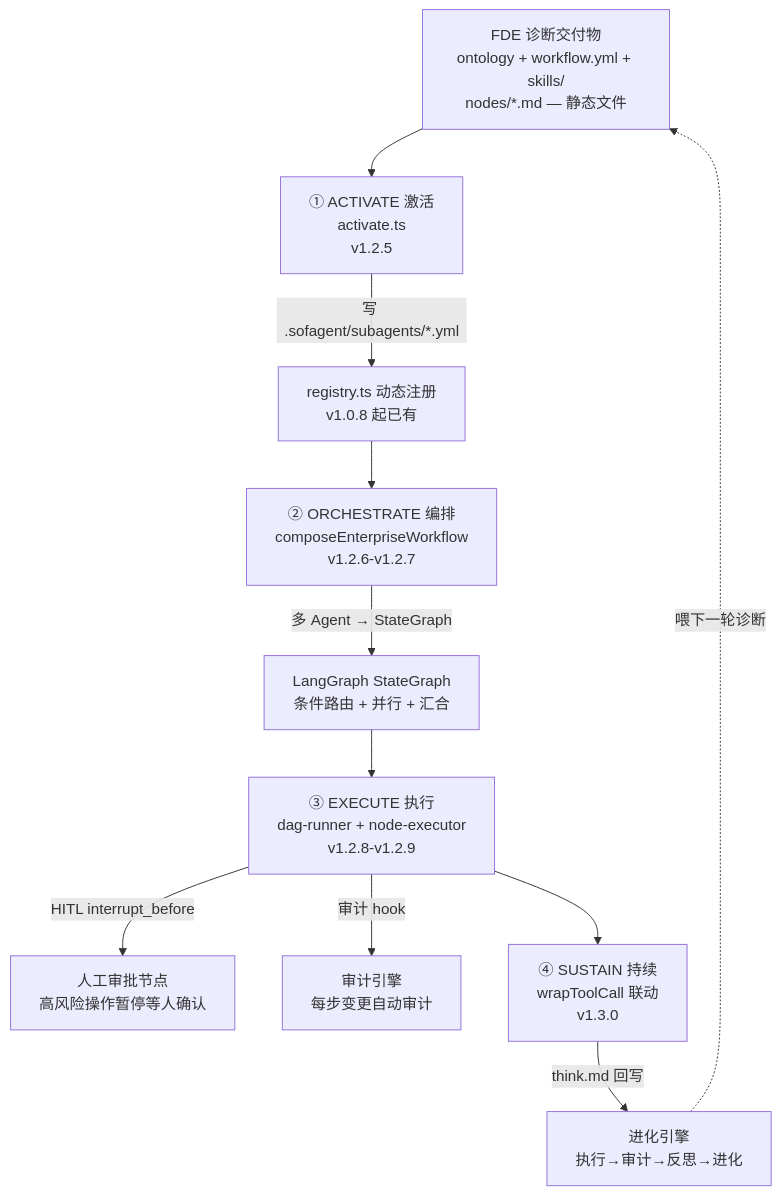
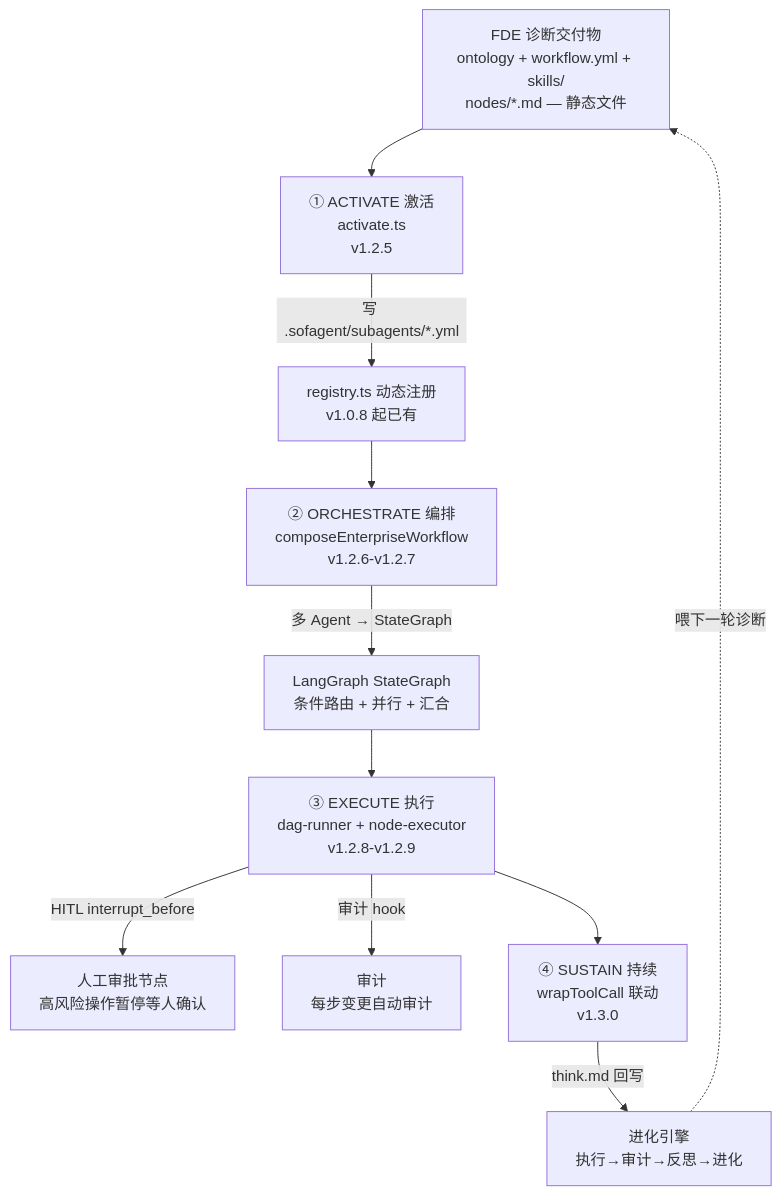
Before and after one commit to KongFangXun/sofagent: the eighth of 8 diagrams in docs/ARCHITECTURE.md, drawn with Mermaid. The commit also changed other lines of this file and 345 other files, not shown here.

````diff
--- a/docs/ARCHITECTURE.md
+++ b/docs/ARCHITECTURE.md
@@ -861,14 +861,14 @@
 ```mermaid
 flowchart TD
     FDE[FDE 诊断交付物<br/>ontology + workflow.yml + skills/<br/>nodes/*.md — 静态文件]
     FDE --> A1[① ACTIVATE 激活<br/>activate.ts<br/>v1.2.5]
     A1 -->|写 .sofagent/subagents/*.yml| REG[registry.ts 动态注册<br/>v1.0.8 起已有]
     REG --> A2[② ORCHESTRATE 编排<br/>composeEnterpriseWorkflow<br/>v1.2.6-v1.2.7]
     A2 -->|多 Agent → StateGraph| SG[LangGraph StateGraph<br/>条件路由 + 并行 + 汇合]
     SG --> A3[③ EXECUTE 执行<br/>dag-runner + node-executor<br/>v1.2.8-v1.2.9]
     A3 -->|HITL interrupt_before| HITL[人工审批节点<br/>高风险操作暂停等人确认]
-    A3 -->|审计 hook| AUDIT[审计引擎<br/>每步变更自动审计]
+    A3 -->|审计 hook| AUDIT[审计<br/>每步变更自动审计]
     A3 --> A4[④ SUSTAIN 持续<br/>wrapToolCall 联动<br/>v1.3.0]
     A4 -->|think.md 回写| EVOLVE[进化引擎<br/>执行→审计→反思→进化]
     EVOLVE -.->|喂下一轮诊断| FDE
 ```
````
